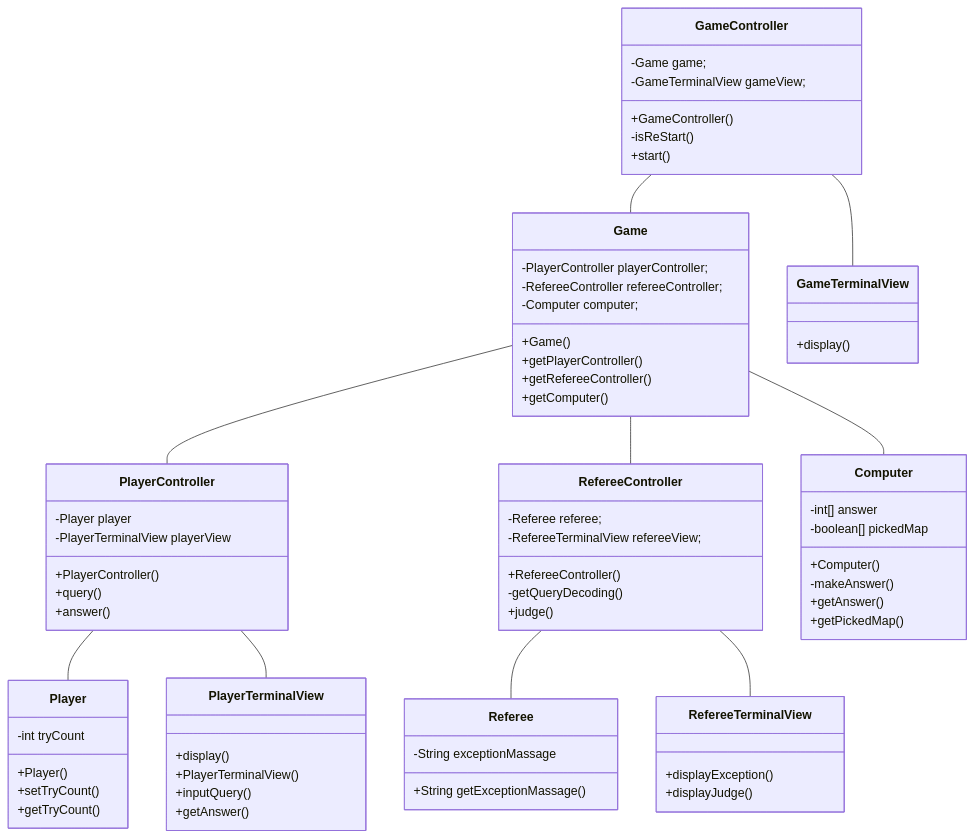
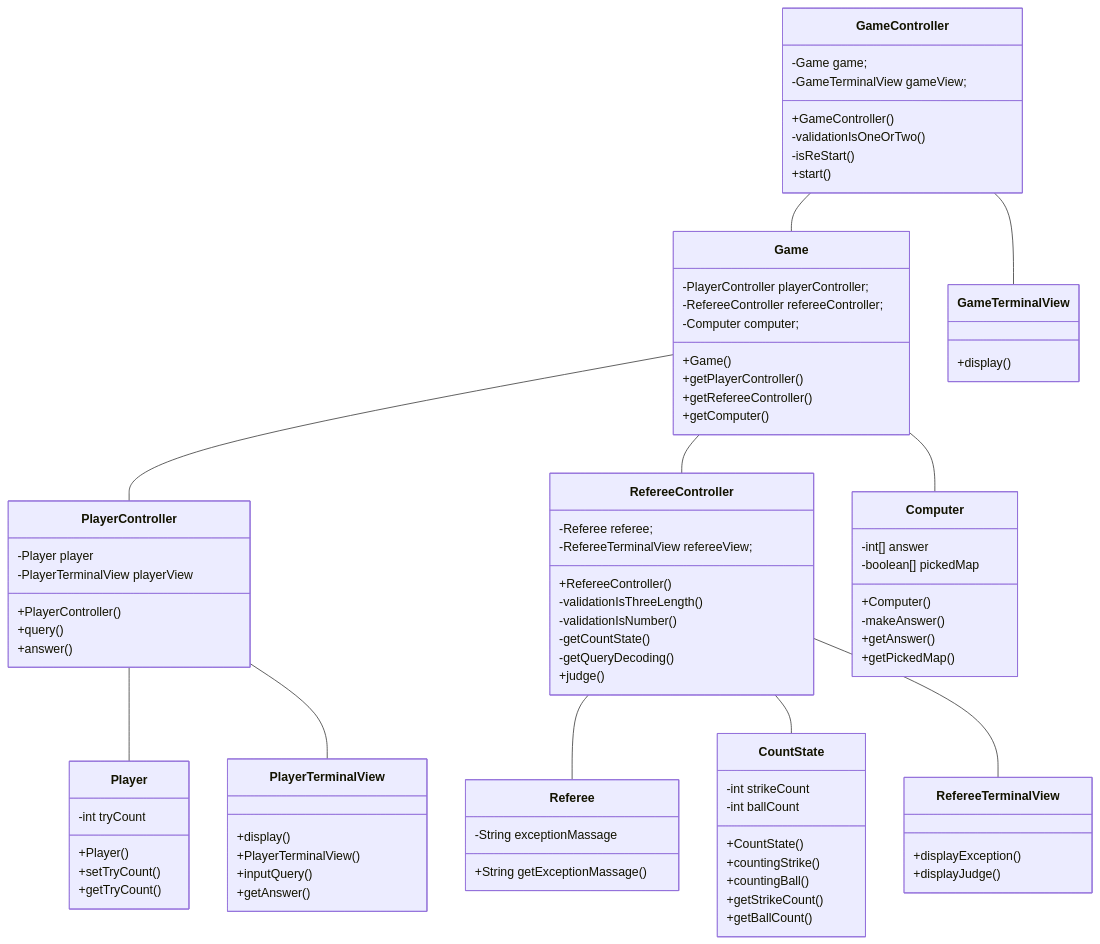
Before and after one commit to woowacourse-precourse/java-baseball-6: the diagram in docs/README.md, drawn with Mermaid. The commit also changed 6 other files, not shown here.

```diff
--- a/docs/README.md
+++ b/docs/README.md
@@ -25,6 +25,7 @@
     PlayerController -- PlayerTerminalView
 
     RefereeController -- Referee
+    RefereeController -- CountState
     RefereeController -- RefereeTerminalView
 
     class Computer{
@@ -68,8 +69,21 @@
         -Referee referee;
         -RefereeTerminalView refereeView;
         +RefereeController()
+        -validationIsThreeLength()
+        -validationIsNumber()
+        -getCountState()
         -getQueryDecoding()
         +judge()
+    }
+
+    class CountState {
+        -int strikeCount
+        -int ballCount
+        +CountState()
+        +countingStrike()
+        +countingBall()
+        +getStrikeCount()
+        +getBallCount()
     }
 
     class Game {
@@ -88,6 +102,7 @@
         -Game game;
         -GameTerminalView gameView;
         +GameController()
+        -validationIsOneOrTwo()
         -isReStart()
         +start()
     }
```
